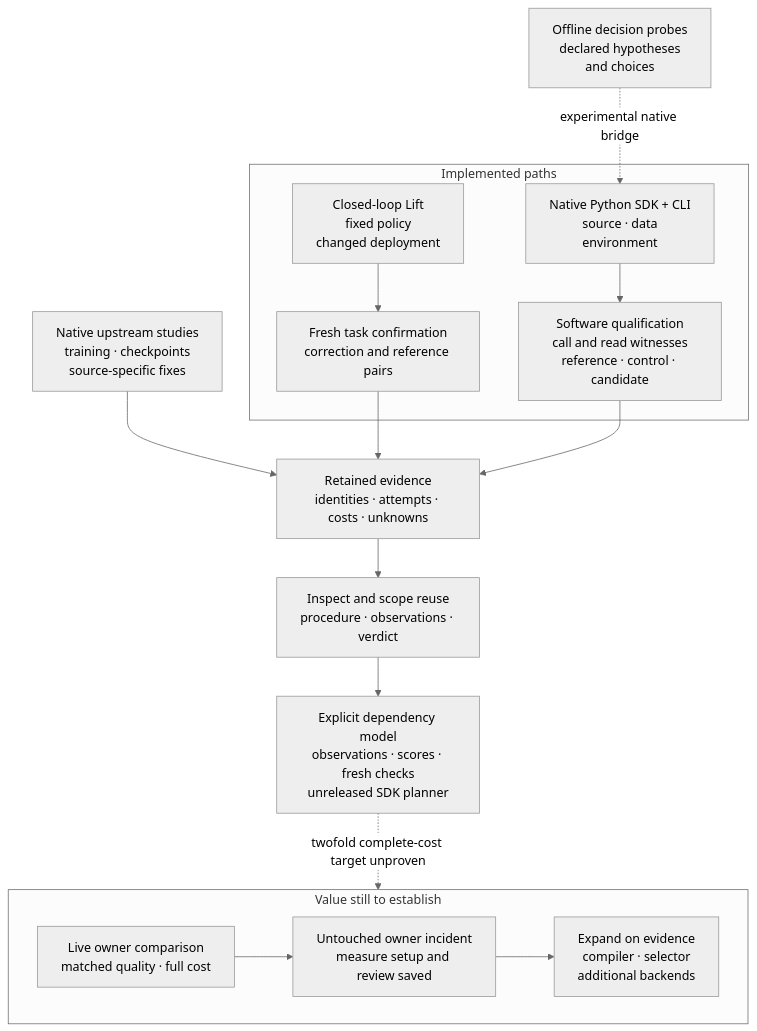
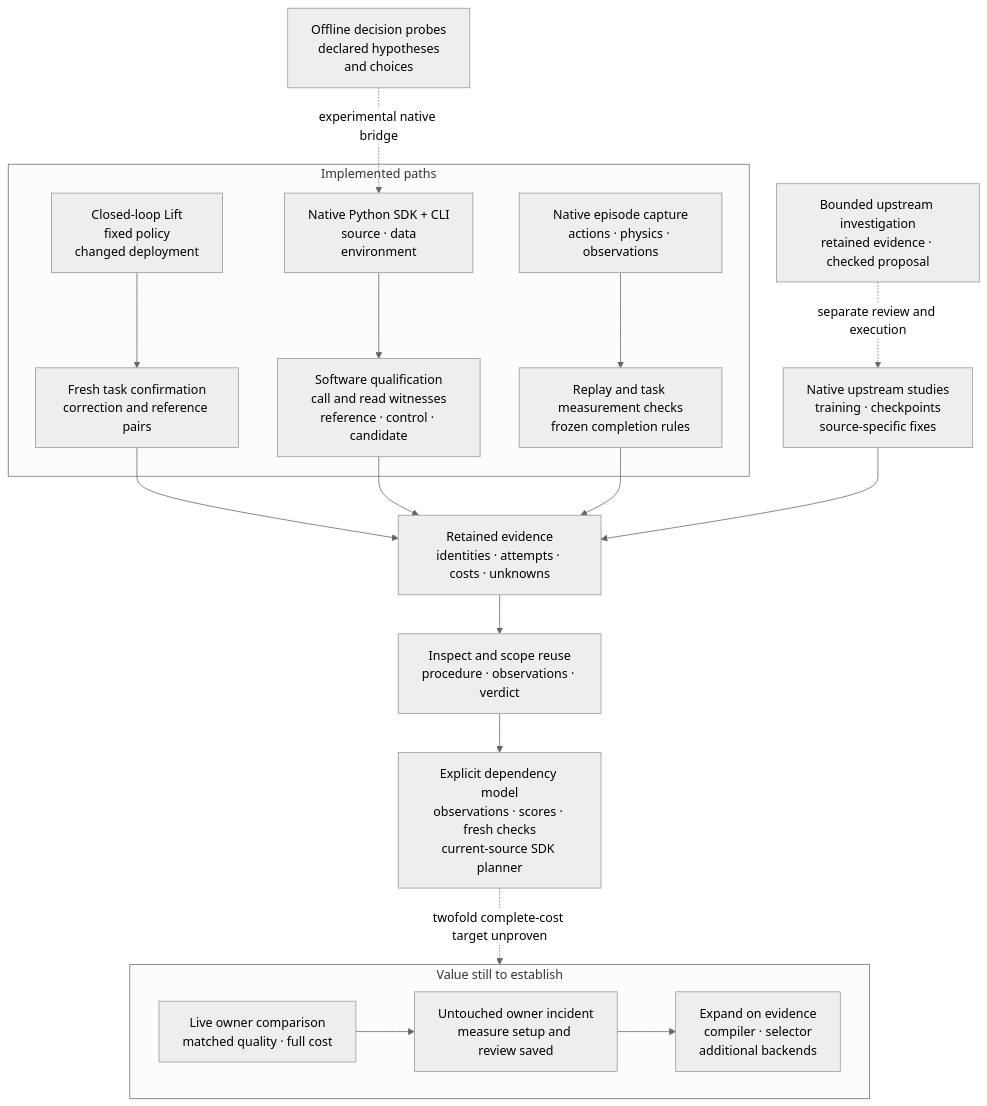
Before and after one commit to manfromnowhere143/nisayon: the first of 3 diagrams in README.md, drawn with Mermaid (neutral theme). The commit also changed other lines of this file and 6 other files, not shown here.

Commit message:
Add bounded evidence-based investigation of upstream changes

````diff
--- a/README.md
+++ b/README.md
@@ -69,22 +69,25 @@
 ```mermaid
 flowchart TB
     accTitle: Nisayon execution, retained evidence, reuse and the next value test
-    accDescr: Closed-loop Lift experiments require fresh task confirmation. The native Python SDK checks declared software relations and owner-file reads. Separate upstream studies qualify exact source and training recipes. All retain scoped evidence and costs. Procedure, observation and verdict reuse have different requirements. Owner savings and a separate untouched owner incident remain unproved; expansion depends on those results.
+    accDescr: Closed-loop Lift experiments require fresh task confirmation. The native Python SDK checks declared software relations and owner-file reads. Native episode capture checks recorded physics and task measurements. Separate upstream studies qualify exact source and training recipes. A bounded investigation worker proposes follow-up work for review. All retain scoped evidence and costs. Procedure, observation and verdict reuse have different requirements. Owner savings and a separate untouched owner incident remain unproved; expansion depends on those results.
     subgraph W["Implemented paths"]
         T["Closed-loop Lift<br/>fixed policy<br/>changed deployment"] --> F["Fresh task confirmation<br/>correction and reference pairs"]
         N["Native Python SDK + CLI<br/>source · data<br/>environment"] --> S["Software qualification<br/>call and read witnesses<br/>reference · control · candidate"]
+        L["Native episode capture<br/>actions · physics · observations"] --> M["Replay and task measurement checks<br/>frozen completion rules"]
     end
+    M --> H
     D["Offline decision probes<br/>declared hypotheses<br/>and choices"] -. "experimental native bridge" .-> N
+    I["Bounded upstream investigation<br/>retained evidence · checked proposal"] -. "separate review and execution" .-> X
     X["Native upstream studies<br/>training · checkpoints<br/>source-specific fixes"] --> H
     F --> H["Retained evidence<br/>identities · attempts · costs · unknowns"]
     S --> H
     H --> R["Inspect and scope reuse<br/>procedure · observations · verdict"]
-    R --> A["Explicit dependency model<br/>observations · scores · fresh checks<br/>unreleased SDK planner"]
+    R --> A["Explicit dependency model<br/>observations · scores · fresh checks<br/>current-source SDK planner"]
     subgraph V["Value still to establish"]
         direction LR
         O["Live owner comparison<br/>matched quality · full cost"]
         O --> U["Untouched owner incident<br/>measure setup and review saved"]
         U --> P["Expand on evidence<br/>compiler · selector<br/>additional backends"]
     end
     A -. "twofold complete-cost target unproven" .-> V
 ```
````
